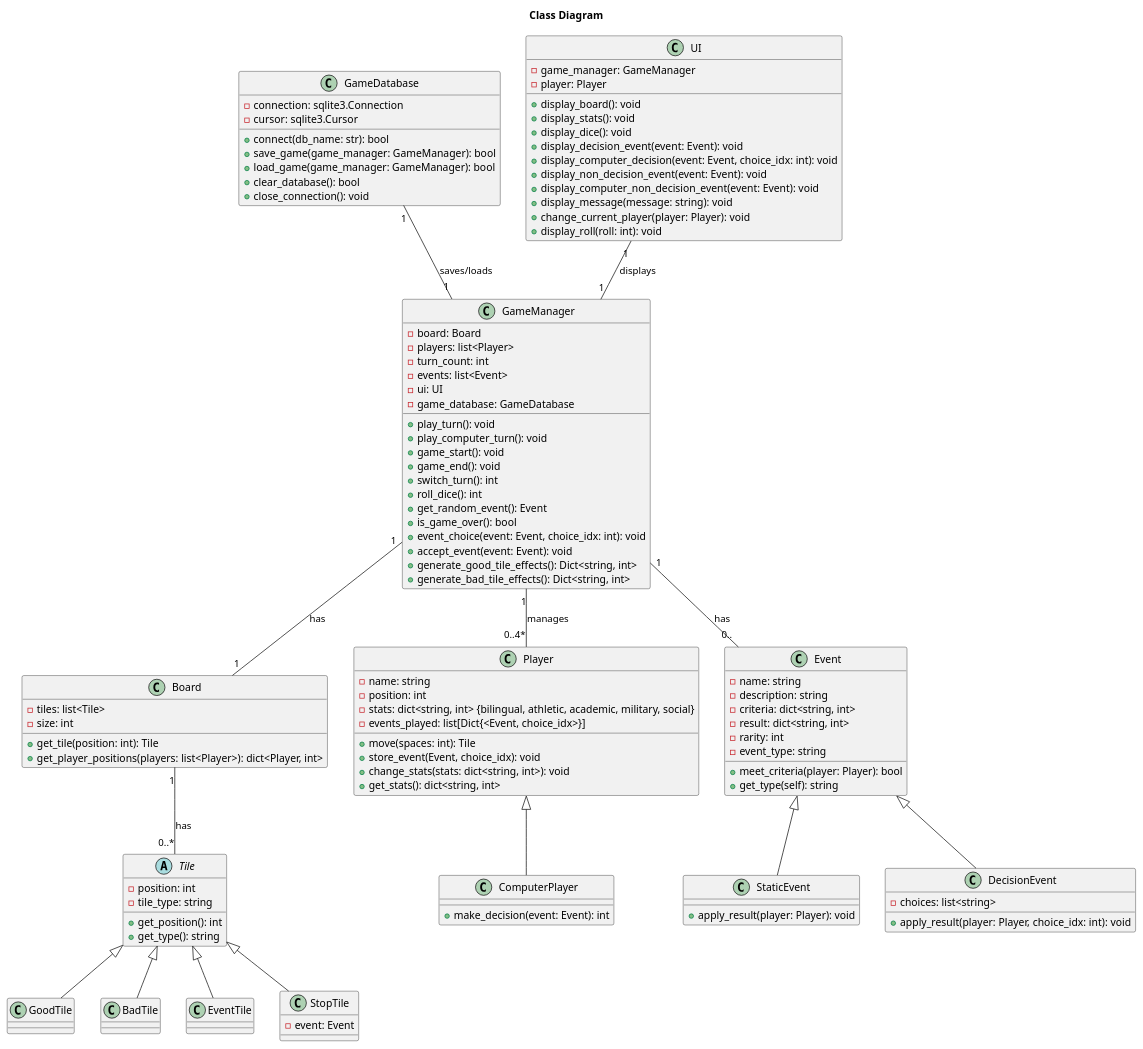
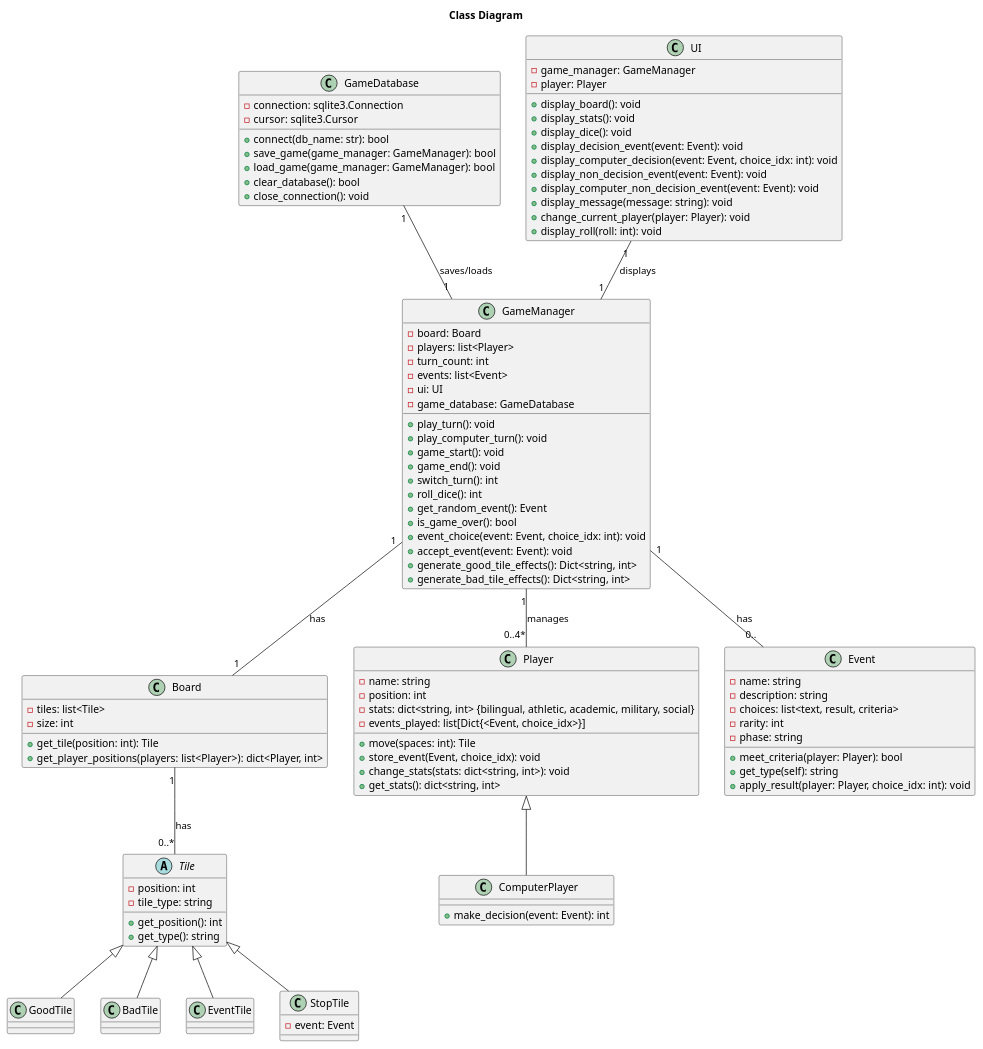
One commit to CSE-362-2025/BoardGameProject changed the diagram in diagrams/class_diagram.puml. Above: the diagram before and after it, drawn with PlantUML. The commit also changed 6 other files, not shown here.

```diff
--- a/diagrams/class_diagram.puml
+++ b/diagrams/class_diagram.puml
@@ -1,153 +1,140 @@
 @startuml class_diagram
 title "Class Diagram"
 ' skinparam shadowing false
 ' skinparam classAttributeIconSize 0
 
 class GameDatabase {
     
     - connection: sqlite3.Connection
     - cursor: sqlite3.Cursor
 
     + connect(db_name: str): bool
     + save_game(game_manager: GameManager): bool
     + load_game(game_manager: GameManager): bool
     + clear_database(): bool
     + close_connection(): void
 
 }
 
 class Board {
 
     - tiles: list<Tile>
     - size: int
 
     + get_tile(position: int): Tile
     + get_player_positions(players: list<Player>): dict<Player, int>
 }
 
 abstract class Tile {
 
     - position: int
     - tile_type: string
 
     + get_position(): int
     + get_type(): string
 }
 
 class GoodTile {
 }
 
 class BadTile {
 }
 
 class EventTile {
 }
 
 class StopTile {
     - event: Event
 
 }
 
 class Player {
 
     - name: string
     - position: int
     - stats: dict<string, int> {bilingual, athletic, academic, military, social}
     - events_played: list[Dict{<Event, choice_idx>}]
 
     + move(spaces: int): Tile
     + store_event(Event, choice_idx): void
     + change_stats(stats: dict<string, int>): void
     + get_stats(): dict<string, int>
 
 }
 
 class ComputerPlayer {
 
     + make_decision(event: Event): int
 }
 
 class Event {
 
     - name: string
     - description: string
-    - criteria: dict<string, int>
-    - result: dict<string, int>
+    - choices: list<text, result, criteria>
     - rarity: int
-    - event_type: string
+    - phase: string
 
     + meet_criteria(player: Player): bool
     + get_type(self): string
-}
-
-class StaticEvent {
-
-    + apply_result(player: Player): void
-}
-
-class DecisionEvent {
-    - choices: list<string>
-
     + apply_result(player: Player, choice_idx: int): void
 }
 
 
 class GameManager {
 
     - board: Board
     - players: list<Player>
     - turn_count: int
     - events: list<Event>
     - ui: UI
     - game_database: GameDatabase
 
     + play_turn(): void
     + play_computer_turn(): void
     + game_start(): void
     + game_end(): void
     + switch_turn(): int
     + roll_dice(): int
     + get_random_event(): Event
     + is_game_over(): bool
     + event_choice(event: Event, choice_idx: int): void
     + accept_event(event: Event): void
     + generate_good_tile_effects(): Dict<string, int>
     + generate_bad_tile_effects(): Dict<string, int>
 }
 
 class UI {
 
     - game_manager: GameManager
     - player: Player
 
     + display_board(): void
     + display_stats(): void
     + display_dice(): void
     + display_decision_event(event: Event): void
     + display_computer_decision(event: Event, choice_idx: int): void
     + display_non_decision_event(event: Event): void
     + display_computer_non_decision_event(event: Event): void
     + display_message(message: string): void
     + change_current_player(player: Player): void
     + display_roll(roll: int): void
 }
 
 
 ' Relationships
 
 Board "1" -- "0..*" Tile : "has"
 GameDatabase "1" -- "1" GameManager : "saves/loads"
 GameManager "1" -- "0..4*" Player : "manages"
 GameManager "1" -- "1" Board : "has"
 GameManager "1" -- "0.." Event : "has"
 UI "1" -- "1" GameManager : "displays"
 Tile <|-- GoodTile
 Tile <|-- BadTile
 Tile <|-- EventTile
 Tile <|-- StopTile
-Event <|-- StaticEvent
-Event <|-- DecisionEvent
 Player <|-- ComputerPlayer
 
 
 @enduml
```
